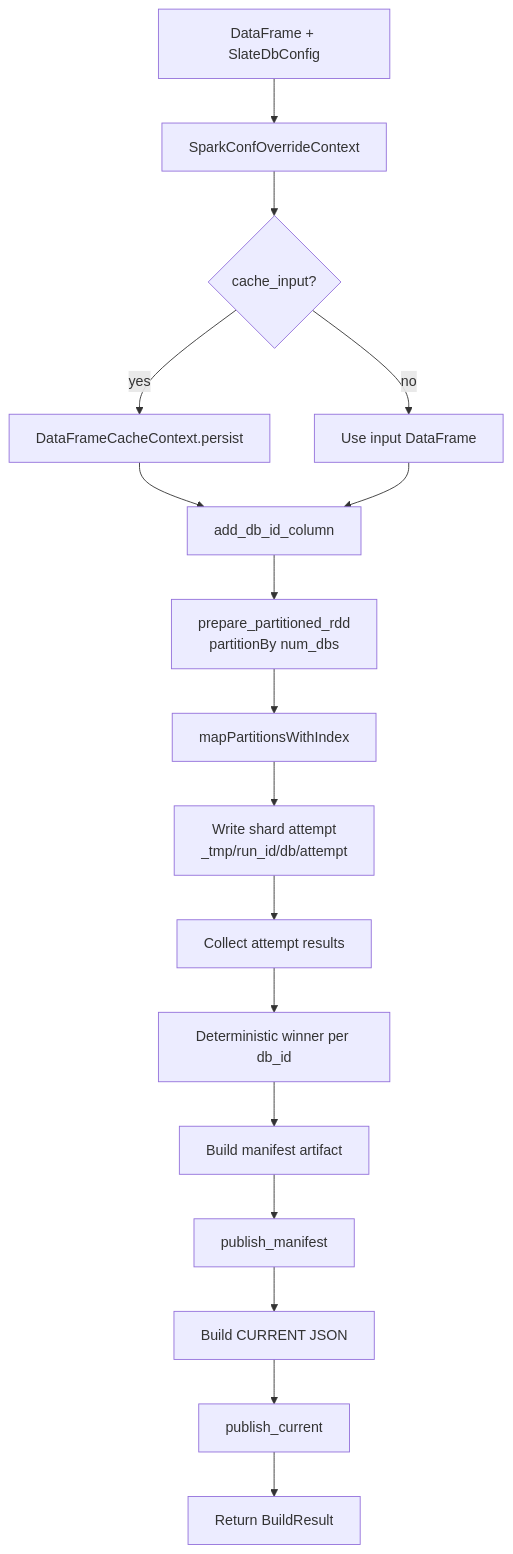
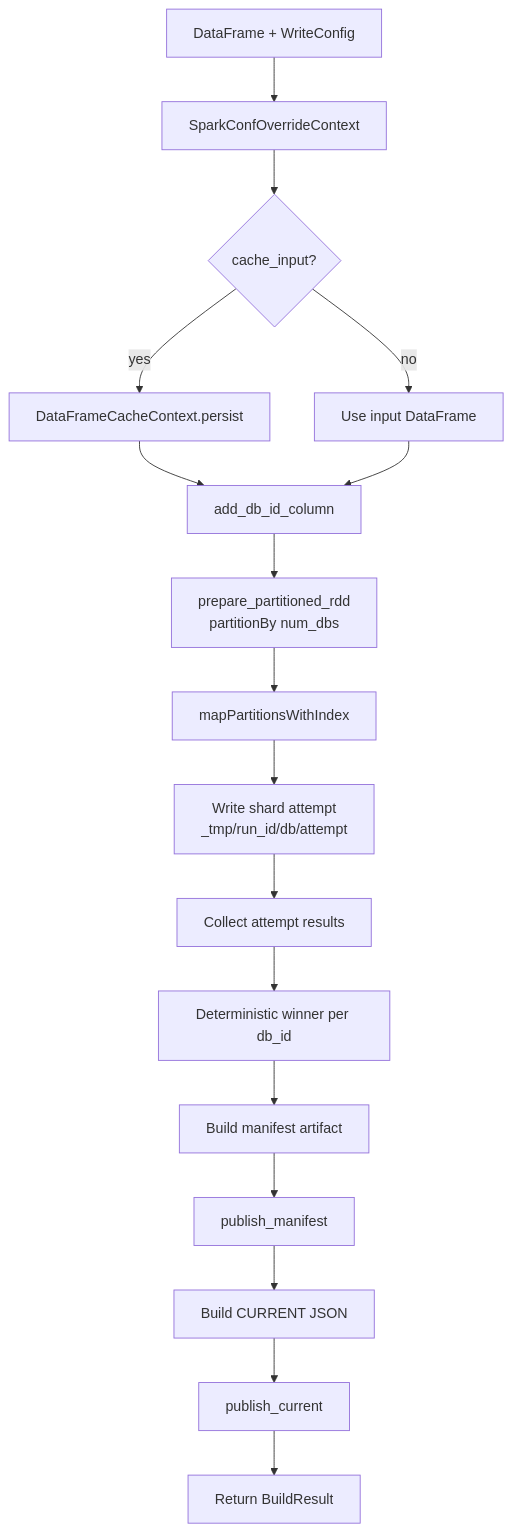
Before and after one commit to elkin/shardyfusion: the first of 2 diagrams in docs/how-it-works.md, drawn with Mermaid. The commit also changed other lines of this file and 10 other files, not shown here.

````diff
--- a/docs/how-it-works.md
+++ b/docs/how-it-works.md
@@ -175,19 +177,19 @@
 ```mermaid
 flowchart TD
-    A[DataFrame + SlateDbConfig] --> B[SparkConfOverrideContext]
+    A[DataFrame + WriteConfig] --> B[SparkConfOverrideContext]
     B --> C{cache_input?}
     C -->|yes| D[DataFrameCacheContext.persist]
     C -->|no| E[Use input DataFrame]
     D --> F[add_db_id_column]
     E --> F
     F --> G["prepare_partitioned_rdd<br/>partitionBy num_dbs"]
     G --> H[mapPartitionsWithIndex]
     H --> I["Write shard attempt<br/>_tmp/run_id/db/attempt"]
     I --> J[Collect attempt results]
     J --> K[Deterministic winner per db_id]
     K --> L[Build manifest artifact]
     L --> M[publish_manifest]
     M --> N[Build CURRENT JSON]
     N --> O[publish_current]
     O --> P[Return BuildResult]
 ```
````
